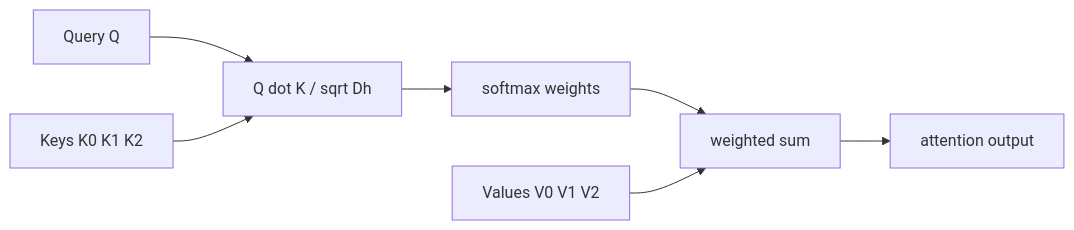
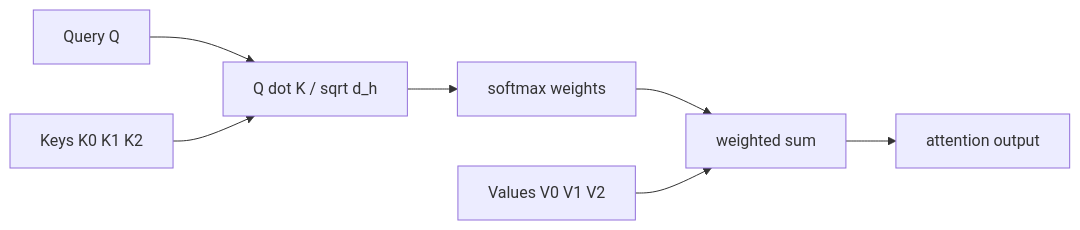
The sixth of 16 diagrams in book/01-transformer-inference/README.md (cluster1900/vllm_reader), drawn with Mermaid before and after one commit. The commit also changed other lines of this file and 1 other file, not shown here.

Commit message:
docs(ch01): F/D 批次 B1 — 公式逐式核对与讲解、3 张新图、符号统一 (#128)

````diff
--- a/book/01-transformer-inference/README.md
+++ b/book/01-transformer-inference/README.md
@@ -396,9 +543,9 @@
 ```mermaid
 flowchart LR
-    Q[Query Q] --> Dot[Q dot K / sqrt Dh]
+    Q[Query Q] --> Dot[Q dot K / sqrt d_h]
     K[Keys K0 K1 K2] --> Dot
     Dot --> Weights[softmax weights]
     Weights --> Mix[weighted sum]
     V[Values V0 V1 V2] --> Mix
     Mix --> Out[attention output]
 ```
````
